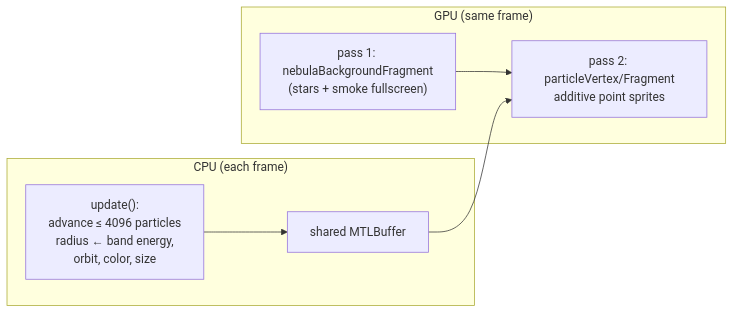
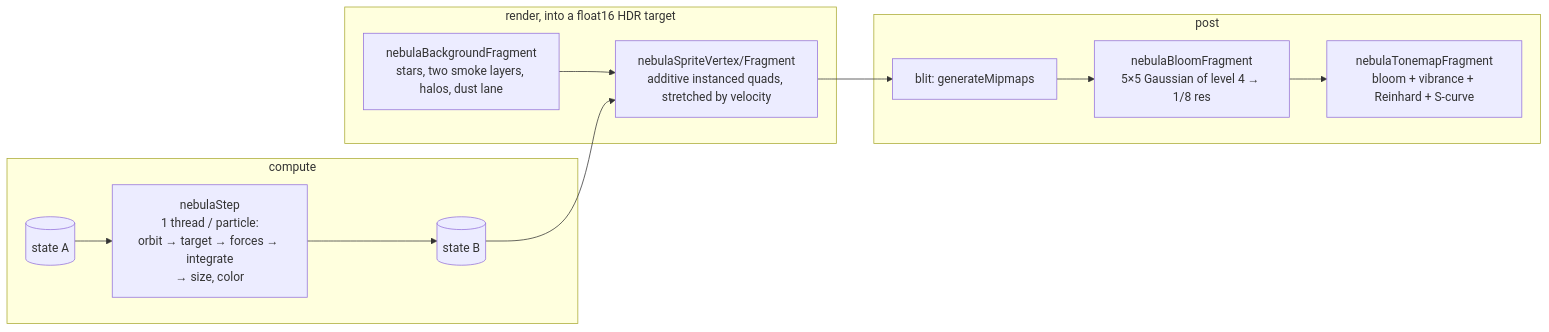
The second of 3 diagrams in docs/visualizers.md (jonjaques/synesthia), drawn with Mermaid before and after one commit. The commit also changed other lines of this file and 78 other files, not shown here.

````diff
--- a/docs/visualizers.md
+++ b/docs/visualizers.md
@@ -112,14 +151,17 @@
 ```mermaid
 flowchart LR
-    subgraph CPU["CPU (each frame)"]
-        SIM["update():<br>advance ≤ 4096 particles<br>radius ← band energy,<br>orbit, color, size"]
-        BUF["shared MTLBuffer"]
-        SIM --> BUF
+    subgraph SIM["compute"]
+        A[("state A")] --> STEP["nebulaStep<br>1 thread / particle:<br>orbit → target → forces → integrate<br>→ size, color"]
+        STEP --> B[("state B")]
     end
-    subgraph GPU["GPU (same frame)"]
-        BG["pass 1: nebulaBackgroundFragment<br>(stars + smoke fullscreen)"]
-        PTS["pass 2: particleVertex/Fragment<br>additive point sprites"]
+    subgraph SCENE["render, into a float16 HDR target"]
+        BG["nebulaBackgroundFragment<br>stars, two smoke layers, halos, dust lane"]
+        PTS["nebulaSpriteVertex/Fragment<br>additive instanced quads, stretched by velocity"]
         BG --> PTS
     end
-    BUF --> PTS
+    subgraph POST["post"]
+        MIP["blit: generateMipmaps"] --> BL["nebulaBloomFragment<br>5×5 Gaussian of level 4 → 1/8 res"] --> TM["nebulaTonemapFragment<br>bloom + vibrance + Reinhard + S-curve"]
+    end
+    B --> PTS
+    PTS --> MIP
 ```
````
